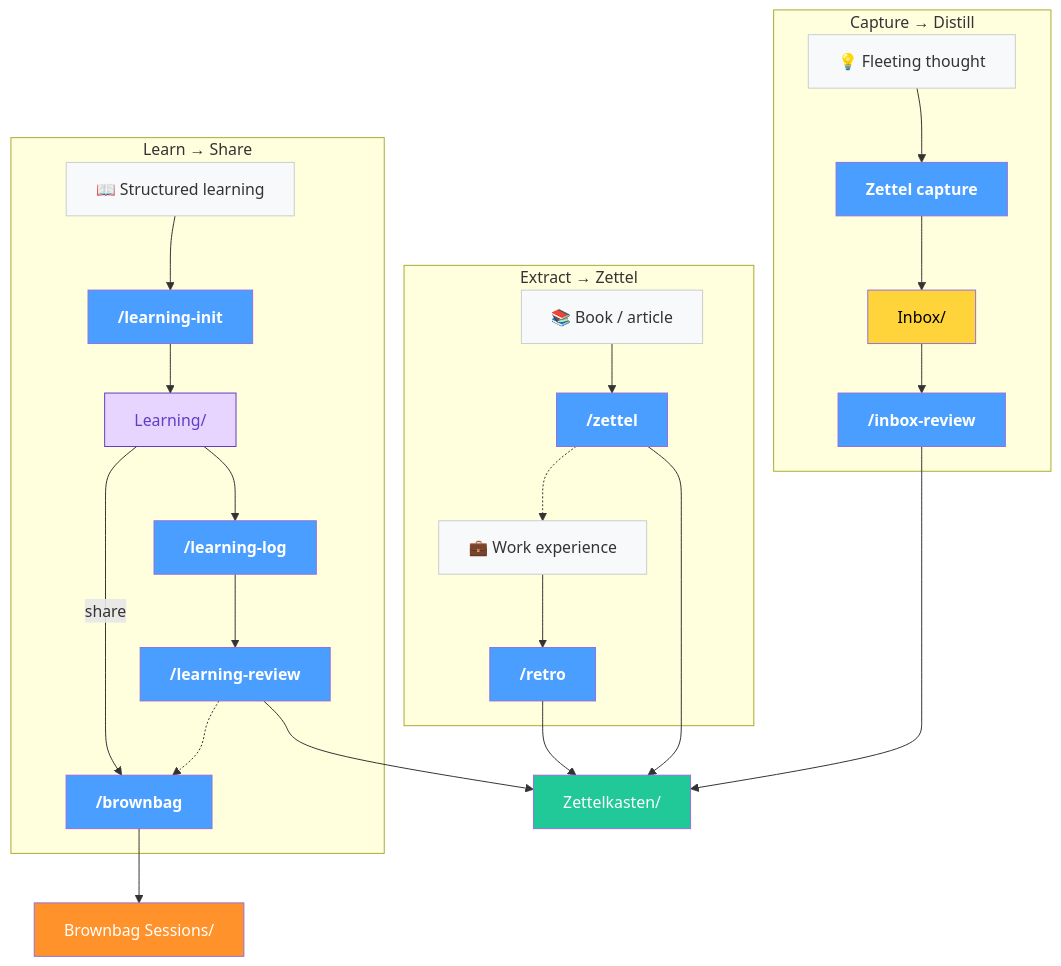
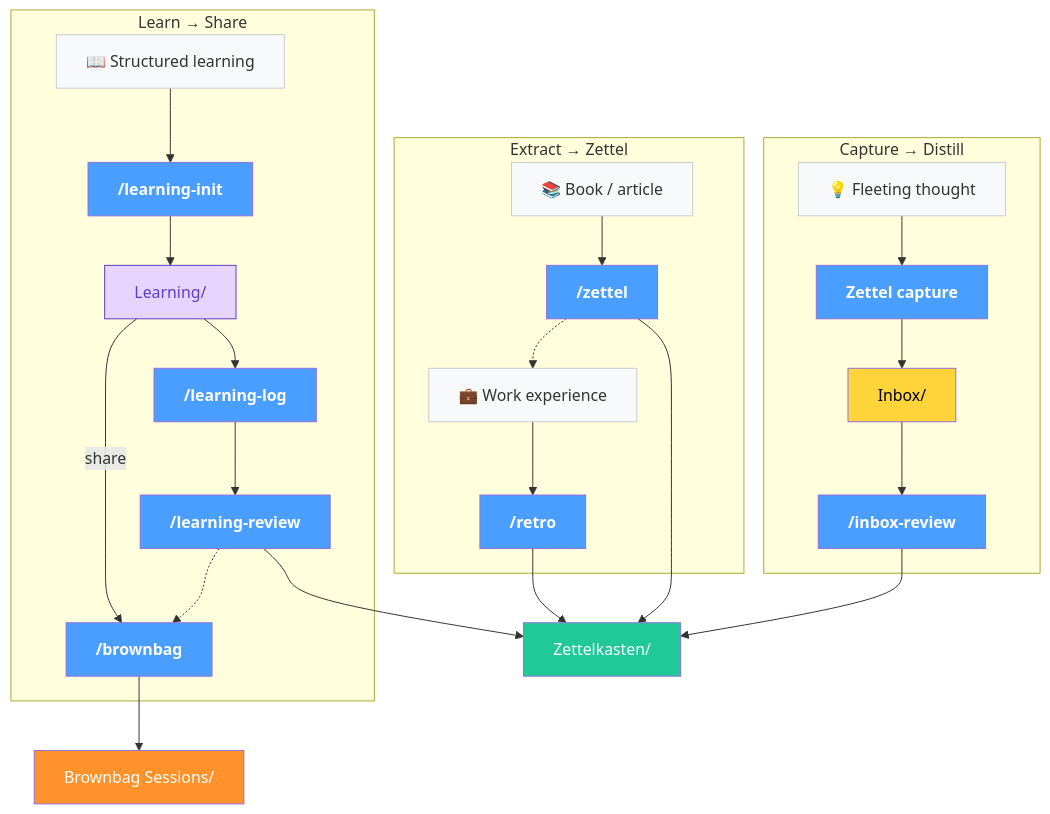
The third of 3 diagrams in README.md (yepengfan/obsidian-workflow), drawn with Mermaid before and after one commit.

Commit message:
Clean up unused invisible link in Knowledge Flow diagram
Remove the THOUGHT ~~~ COURSE ~~~ BOOK line that had no effect
on subgraph ordering in TD mode.

````diff
--- a/README.md
+++ b/README.md
@@ -106,39 +106,37 @@
 ```mermaid
 flowchart TD
     classDef cmd fill:#4a9eff,color:#fff,font-weight:bold
     classDef store fill:#20c997,color:#fff
     classDef inbox fill:#ffd43b,color:#000
     classDef source fill:#f8f9fa,color:#333,stroke:#ccc
     classDef plan fill:#e8d5ff,color:#5f3dc4,stroke:#5f3dc4
     classDef output fill:#ff922b,color:#fff
 
     subgraph capture ["Capture → Distill"]
         THOUGHT["💡 Fleeting thought"]:::source
         THOUGHT --> BTN["Zettel capture"]:::cmd
         BTN --> INBOX["Inbox/"]:::inbox
         INBOX --> IR["/inbox-review"]:::cmd
     end
 
     subgraph learn ["Learn → Share"]
         COURSE["📖 Structured learning"]:::source --> LI["/learning-init"]:::cmd
         LI --> PLAN["Learning/"]:::plan
         PLAN --> LL["/learning-log"]:::cmd
         LL --> LR["/learning-review"]:::cmd
         LR -.-> BB["/brownbag"]:::cmd
     end
 
     subgraph extract ["Extract → Zettel"]
         BOOK["📚 Book / article"]:::source --> ZT["/zettel"]:::cmd
         ZT -.-> WORK_EXP["💼 Work experience"]:::source
         WORK_EXP --> RT["/retro"]:::cmd
     end
 
-    THOUGHT ~~~ COURSE ~~~ BOOK
-
     IR --> ZK["Zettelkasten/"]:::store
     ZT --> ZK
     RT --> ZK
     LR --> ZK
     PLAN -->|share| BB
     BB --> BBS["Brownbag Sessions/"]:::output
 ```
````
